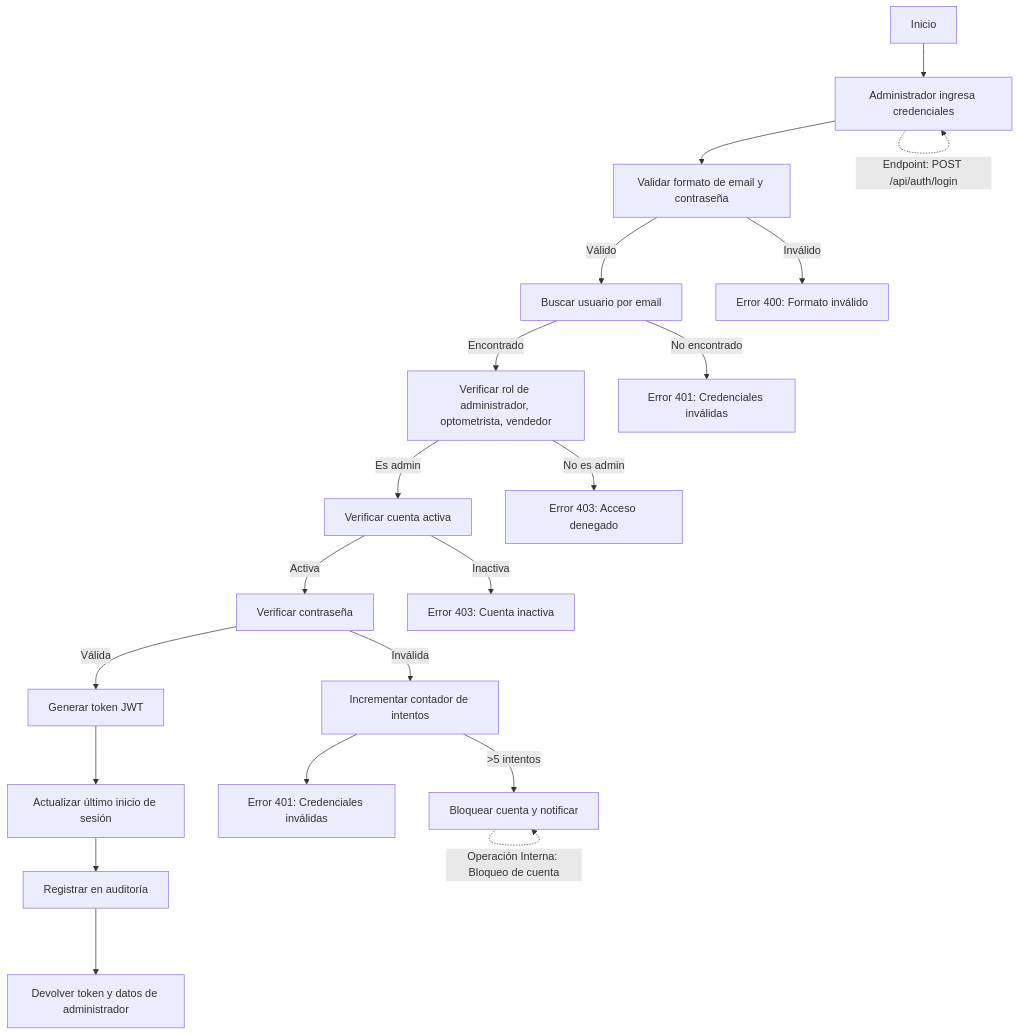
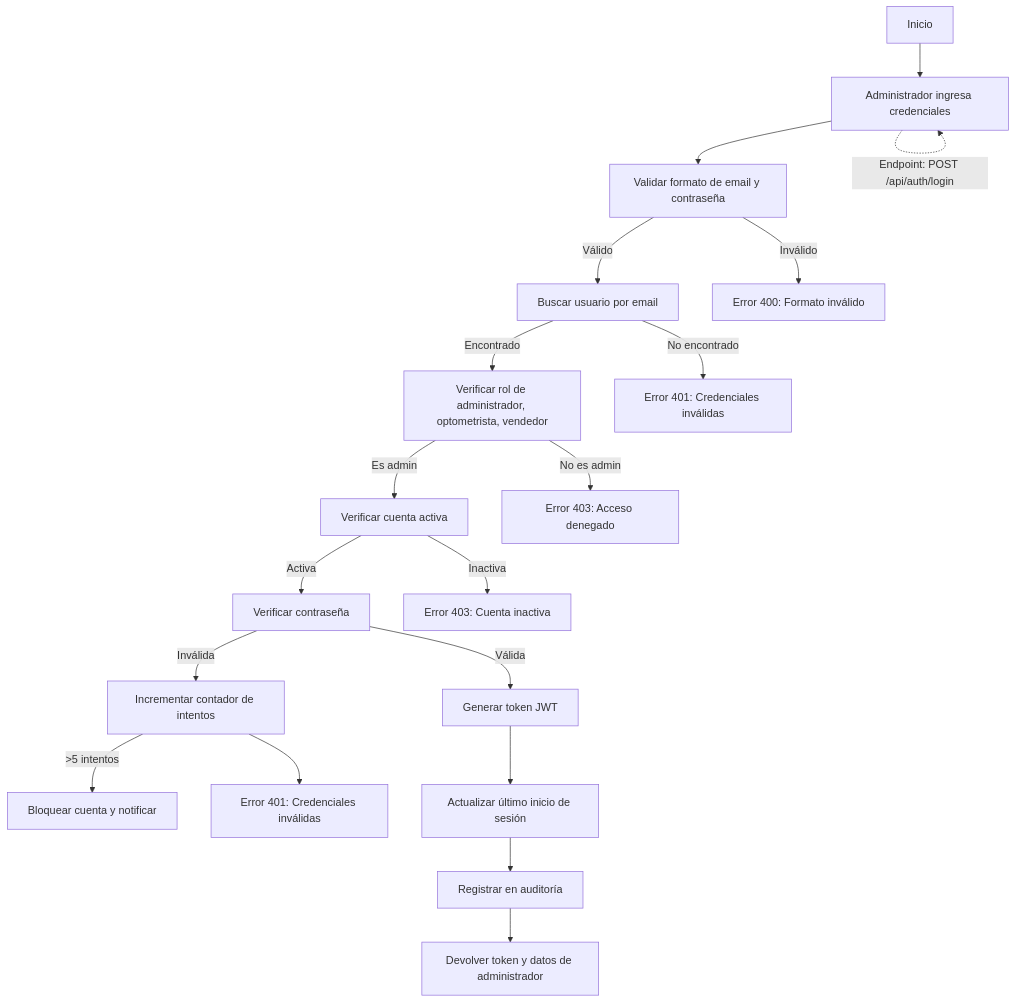
The diagram in docs/modelos/usuario/flujos/autenticacion/login.md (benchobeat/neoptica-intranet), drawn with Mermaid before and after one commit. The commit also changed 73 other files, not shown here.

````diff
--- a/docs/modelos/usuario/flujos/autenticacion/login.md
+++ b/docs/modelos/usuario/flujos/autenticacion/login.md
@@ -7,24 +7,23 @@
 ```mermaid
 flowchart TD
     A[Inicio] --> B[Administrador ingresa credenciales]
     B --> C[Validar formato de email y contraseña]
     C -->|Válido| D[Buscar usuario por email]
     C -->|Inválido| E[Error 400: Formato inválido]
     D -->|Encontrado| F[Verificar rol de administrador, optometrista, vendedor]
     D -->|No encontrado| G[Error 401: Credenciales inválidas]
     F -->|Es admin| H[Verificar cuenta activa]
     F -->|No es admin| I[Error 403: Acceso denegado]
     H -->|Activa| J[Verificar contraseña]
     H -->|Inactiva| K[Error 403: Cuenta inactiva]
     J -->|Válida| L[Generar token JWT]
     J -->|Inválida| M[Incrementar contador de intentos]
     M -->|>5 intentos| N[Bloquear cuenta y notificar]
     M --> O[Error 401: Credenciales inválidas]
     L --> P[Actualizar último inicio de sesión]
     P --> Q[Registrar en auditoría]
     Q --> R[Devolver token y datos de administrador]
     
     %% Referencias a endpoints
     B -.->|Endpoint: POST /api/auth/login| B
-    N -.->|Operación Interna: Bloqueo de cuenta| N
 ```
````
